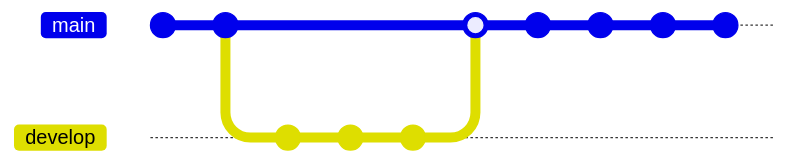
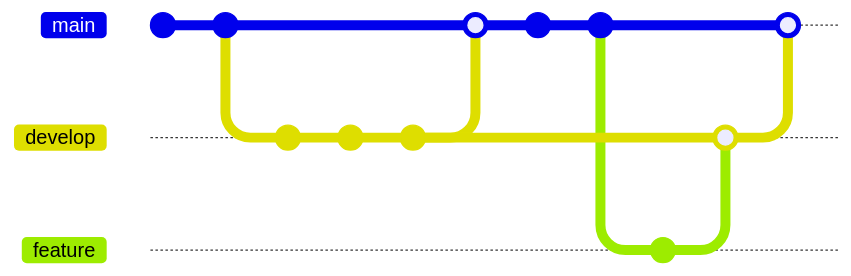
The diagram in GIT.md (Panyapron/git-demo), drawn with Mermaid before and after one commit. The commit also changed other lines of this file, not shown here. Commit ids are hidden.

Commit message:
docs(fix)merge doc git

````diff
--- a/GIT.md
+++ b/GIT.md
@@ -1,15 +2,19 @@
 ```mermaid
     gitGraph
        commit id: "init"
        commit
        branch develop
        commit
        commit
        commit
        checkout main
        merge develop
        commit
        commit
+       branch feature
        commit
-       commit
+       checkout develop
+       merge feature
+       checkout main
+       merge develop
 ```
````
